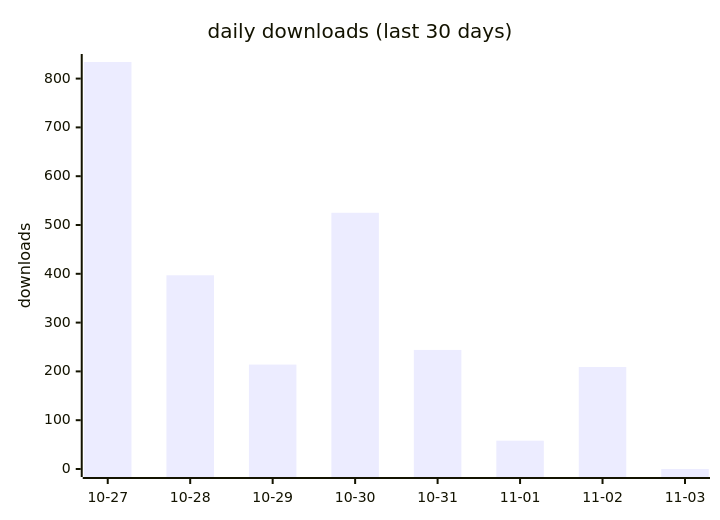
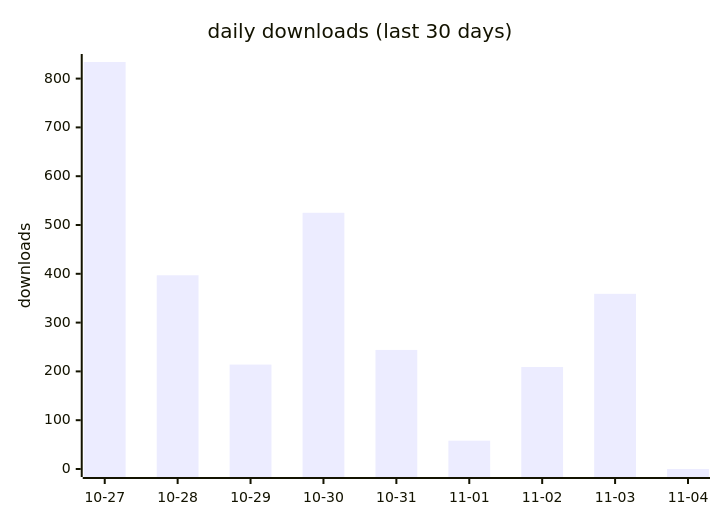
The first of 2 diagrams in docs/downloads-2026.md (terry2010/dsh-rss-news-daily), drawn with Mermaid before and after one commit. The commit also changed other lines of this file and 1 other file, not shown here.

````diff
--- a/docs/downloads-2026.md
+++ b/docs/downloads-2026.md
@@ -19,7 +19,7 @@
 ```mermaid
 xychart-beta
     title "daily downloads (last 30 days)"
-    x-axis ["10-27", "10-28", "10-29", "10-30", "10-31", "11-01", "11-02", "11-03"]
+    x-axis ["10-27", "10-28", "10-29", "10-30", "10-31", "11-01", "11-02", "11-03", "11-04"]
     y-axis "downloads" 0 --> 834
-    bar [834, 397, 214, 525, 244, 58, 209, 0]
+    bar [834, 397, 214, 525, 244, 58, 209, 359, 0]
 ```
````
